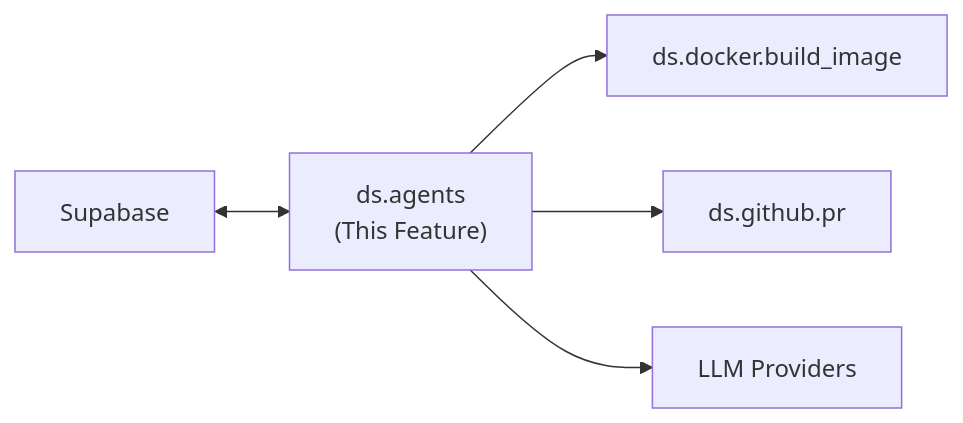
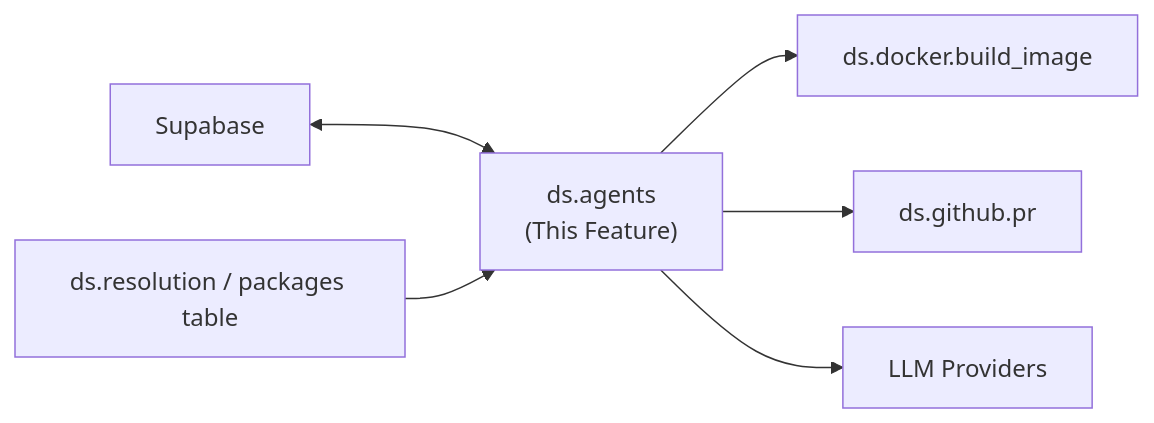
Before and after one commit to formula-code/datasmith: the diagram in docs/design/components/datasmith.agents.md, drawn with Mermaid. The commit also changed other lines of this file and 7 other files, not shown here.

Commit message:
Update design docs to reference resolution module and packages table

````diff
--- a/docs/design/components/datasmith.agents.md
+++ b/docs/design/components/datasmith.agents.md
@@ -14,14 +14,16 @@
 ```mermaid
 graph LR
     A <--> B
     B --> C
     B --> D
     B --> E
+    F --> B
 
     A[Supabase]
     B["`ds.agents
     (This Feature)`"]
     C[ds.docker.build_image]
     D[ds.github.pr]
     E[LLM Providers]
+    F[ds.resolution / packages table]
 ```
````
